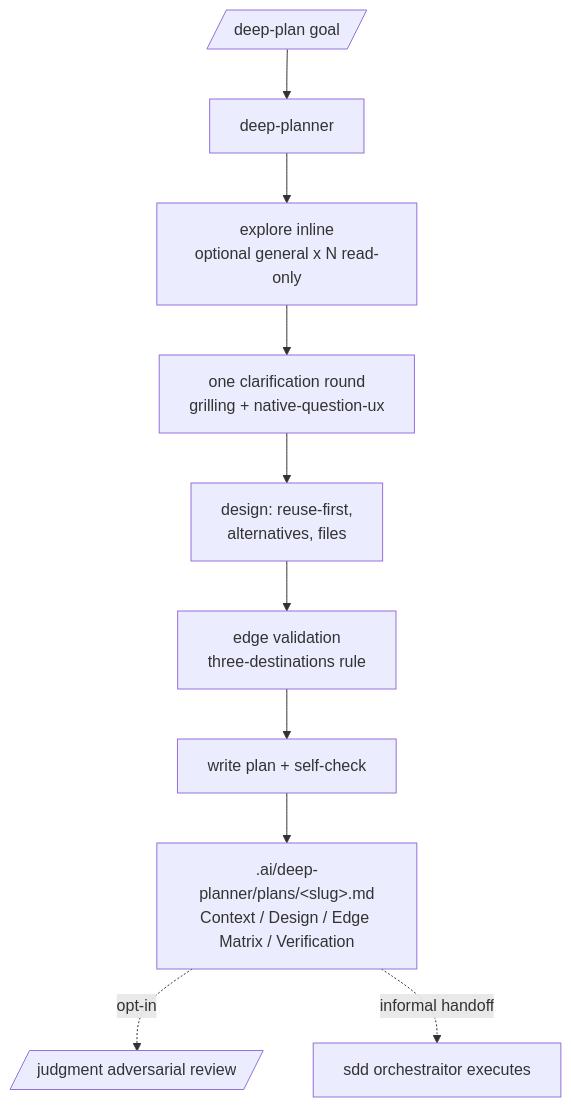
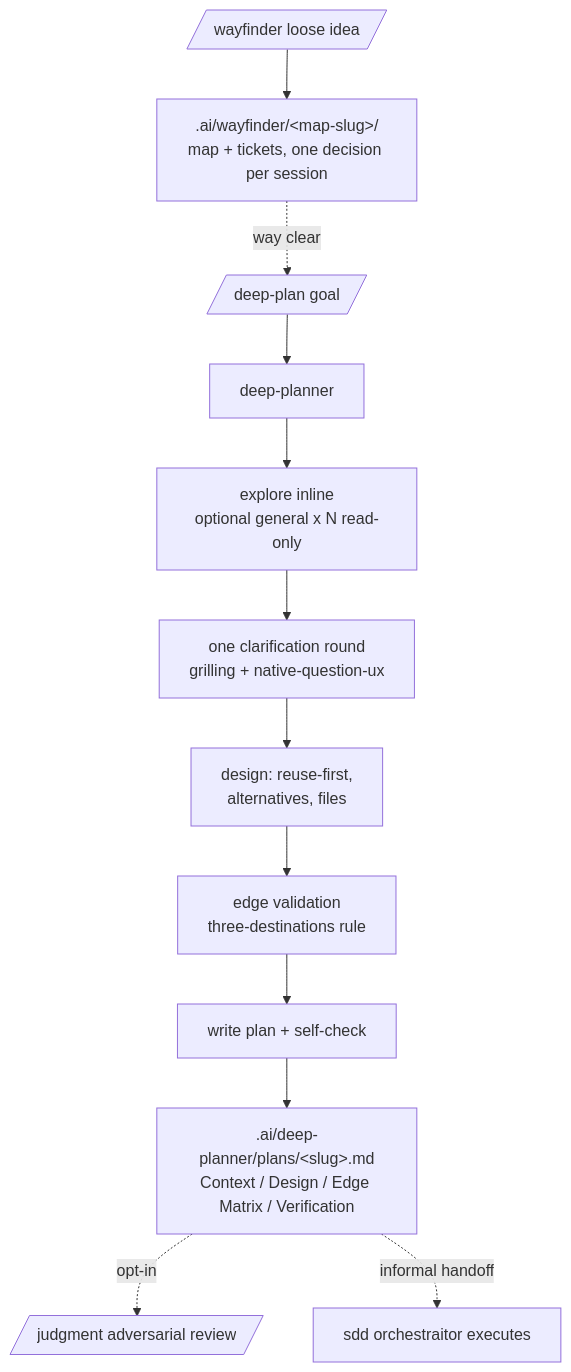
Before and after one commit to andresnator/agents-orchestrator: the diagram in domains/plan/README.md, drawn with Mermaid. The commit also changed other lines of this file and 8 other files, not shown here.

Commit message:
feat: introduce /wayfinder command for multi-session discovery and enhance deep-planner documentation

````diff
--- a/domains/plan/README.md
+++ b/domains/plan/README.md
@@ -11,12 +13,14 @@
 ```mermaid
 graph TD
+  wf[/wayfinder loose idea/] --> map[".ai/wayfinder/&lt;map-slug&gt;/<br/>map + tickets, one decision per session"]
+  map -.->|way clear| cmd
   cmd[/deep-plan goal/] --> architect[deep-planner]
   architect --> explore[explore inline<br/>optional general x N read-only]
   explore --> clarify[one clarification round<br/>grilling + native-question-ux]
   clarify --> design[design: reuse-first,<br/>alternatives, files]
   design --> edges[edge validation<br/>three-destinations rule]
   edges --> selfcheck[write plan + self-check]
   selfcheck --> plan[".ai/deep-planner/plans/&lt;slug&gt;.md<br/>Context / Design / Edge Matrix / Verification"]
   plan -.->|opt-in| judgment[/judgment adversarial review/]
   plan -.->|informal handoff| orchestraitor[sdd orchestraitor executes]
 ```
````
